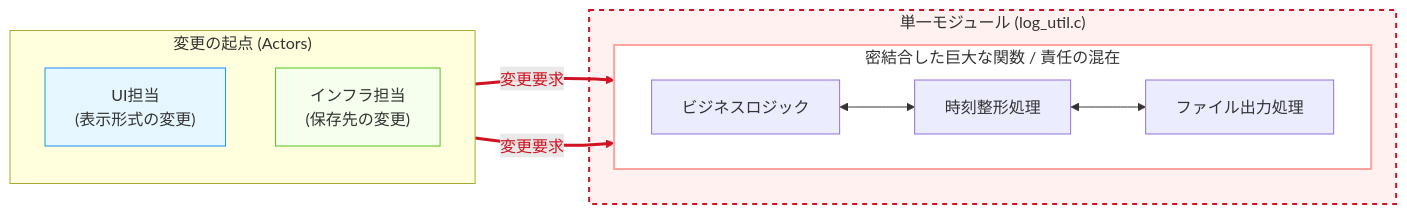
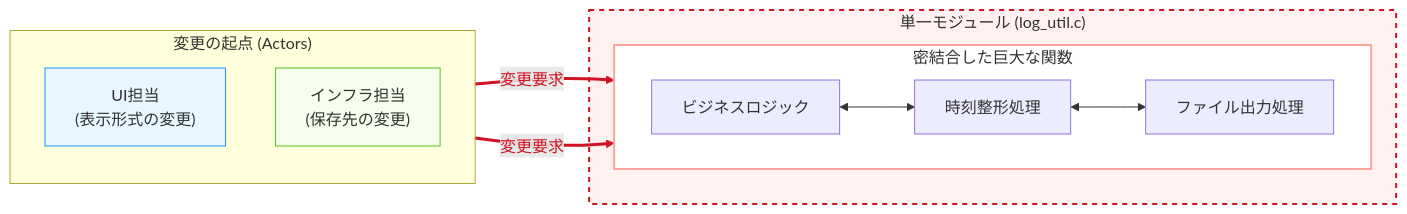
One commit to kumachan1101/BookProject changed the sixth of 7 diagrams in 01_原稿/12_第2部 第8章 単一責任原則 (SRP) 変更の軸を明確にする設計指針_01.md. Above: the diagram before and after it, drawn with Mermaid. The commit also changed other lines of this file and 109 other files, not shown here.

````diff
--- a/01_原稿/12_第2部 第8章 単一責任原則 (SRP) 変更の軸を明確にする設計指針_01.md
+++ b/01_原稿/12_第2部 第8章 単一責任原則 (SRP) 変更の軸を明確にする設計指針_01.md
@@ -486,32 +482,32 @@
 ```mermaid
 graph LR
     subgraph Actors ["変更の起点 (Actors)"]
         direction TB
         A1[" UI担当<br/>(表示形式の変更)"]
         A2[" インフラ担当<br/>(保存先の変更)"]
     end
 
     subgraph Module ["単一モジュール (log_util.c)"]
-        subgraph Bloat ["密結合した巨大な関数 / 責任の混在"]
+        subgraph Bloat ["密結合した巨大な関数"]
             direction LR
             Logic["ビジネスロジック"]
             Formatter["時刻整形処理"]
             Storage["ファイル出力処理"]
             
             %% 内部の密結合
             Logic <--> Formatter
             Formatter <--> Storage
         end
     end
 
     %% 変更の圧力（赤い太線で強調）
     A1 ==>|変更要求| Formatter
     A2 ==>|変更要求| Storage
 
     %% スタイル定義
     style Module fill:#fff1f0,stroke:#cf1322,stroke-width:2px,stroke-dasharray: 5 5
     style Bloat fill:#fff,stroke:#ffa39e,stroke-width:2px
     style A1 fill:#e6f7ff,stroke:#1890ff
     style A2 fill:#f6ffed,stroke:#52c41a
     linkStyle 2,3 stroke:#cf1322,stroke-width:3px,color:#cf1322
 ```
````
